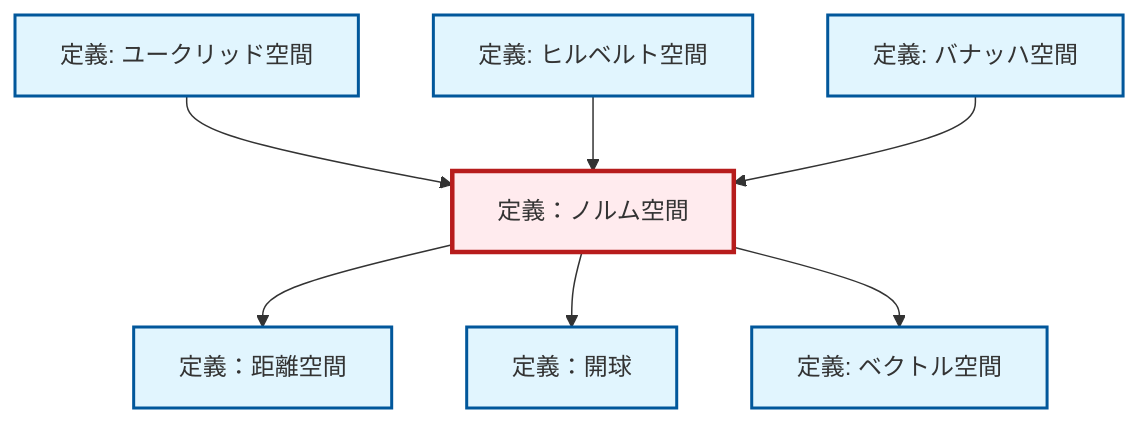
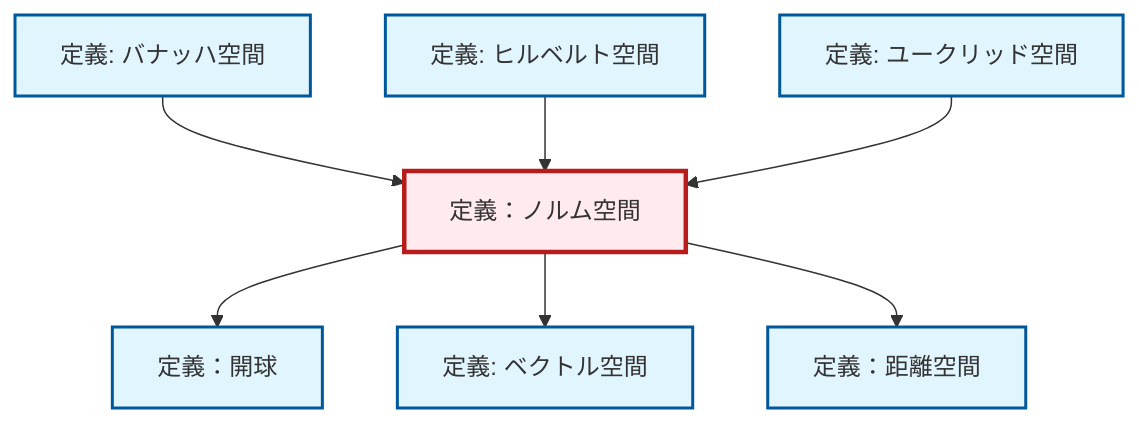
Before and after one commit to RK0429/ModernMath: the diagram in content/ja/analysis/def-normed-vector-space.qmd, drawn with Mermaid. The commit also changed 672 other files, not shown here.

````diff
--- a/content/ja/analysis/def-normed-vector-space.qmd
+++ b/content/ja/analysis/def-normed-vector-space.qmd
@@ -133,29 +133,29 @@
 ```{mermaid}
-%%| fig-cap: "Local dependency graph"
+%%| fig-cap: "ローカル依存関係グラフ"
 graph TD
     classDef definition fill:#e1f5fe,stroke:#01579b,stroke-width:2px
     classDef theorem fill:#f3e5f5,stroke:#4a148c,stroke-width:2px
     classDef axiom fill:#fff3e0,stroke:#e65100,stroke-width:2px
     classDef example fill:#e8f5e9,stroke:#1b5e20,stroke-width:2px
     classDef current fill:#ffebee,stroke:#b71c1c,stroke-width:3px
-    def-vector-space["定義: ベクトル空間"]:::definition
-    def-banach-space["定義: バナッハ空間"]:::definition
-    def-euclidean-space["定義: ユークリッド空間"]:::definition
-    def-open-ball["定義：開球"]:::definition
     def-metric-space["定義：距離空間"]:::definition
     def-hilbert-space["定義: ヒルベルト空間"]:::definition
+    def-open-ball["定義：開球"]:::definition
     def-normed-vector-space["定義：ノルム空間"]:::definition
+    def-banach-space["定義: バナッハ空間"]:::definition
+    def-vector-space["定義: ベクトル空間"]:::definition
+    def-euclidean-space["定義: ユークリッド空間"]:::definition
+    def-banach-space --> def-normed-vector-space
+    def-normed-vector-space --> def-open-ball
+    def-normed-vector-space --> def-vector-space
+    def-hilbert-space --> def-normed-vector-space
+    def-euclidean-space --> def-normed-vector-space
     def-normed-vector-space --> def-metric-space
-    def-normed-vector-space --> def-open-ball
-    def-euclidean-space --> def-normed-vector-space
-    def-hilbert-space --> def-normed-vector-space
-    def-normed-vector-space --> def-vector-space
-    def-banach-space --> def-normed-vector-space
     class def-normed-vector-space current
-    click def-vector-space "def-vector-space.html" "ベクトル空間の定義へ"
-    click def-banach-space "def-banach-space.html" "バナッハ空間の定義へ"
-    click def-euclidean-space "def-euclidean-space.html" "ユークリッド空間の定義へ"
-    click def-open-ball "def-open-ball.html" "定義：開球へ"
     click def-metric-space "def-metric-space.html" "定義：距離空間へ"
     click def-hilbert-space "def-hilbert-space.html" "ヒルベルト空間の定義へ"
+    click def-open-ball "def-open-ball.html" "定義：開球へ"
+    click def-banach-space "def-banach-space.html" "バナッハ空間の定義へ"
+    click def-vector-space "def-vector-space.html" "ベクトル空間の定義へ"
+    click def-euclidean-space "def-euclidean-space.html" "ユークリッド空間の定義へ"
 ```
````
